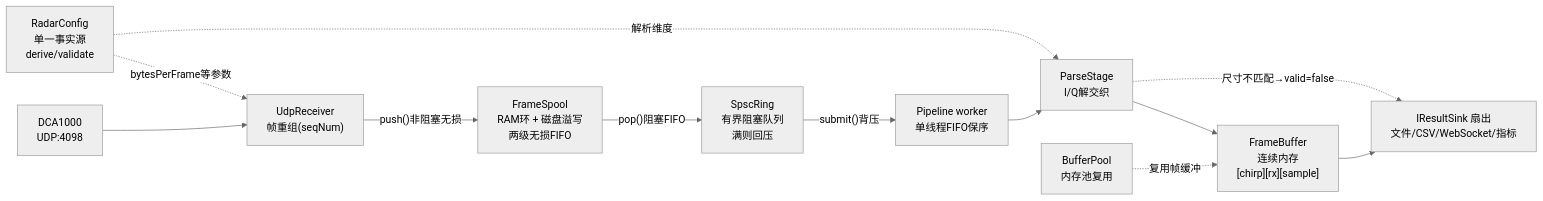
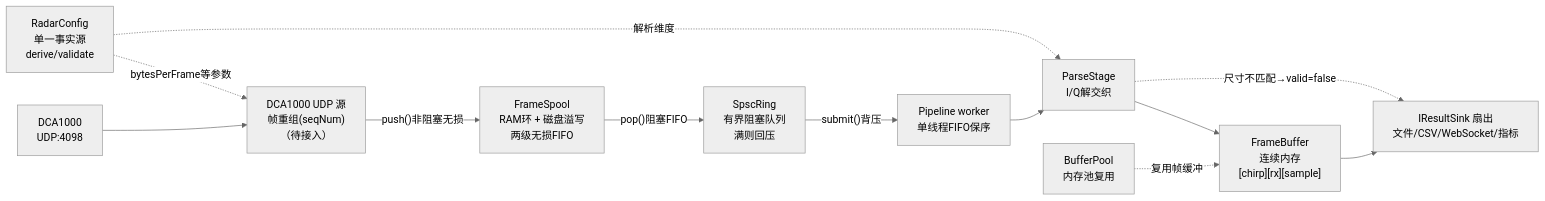
One commit to Lukad77/awr1843-radar-toolkit changed the third of 4 diagrams in README.md. Above: the diagram before and after it, drawn with Mermaid (neutral theme). The commit also changed other lines of this file, not shown here.

````diff
--- a/README.md
+++ b/README.md
@@ -173,25 +173,25 @@
 ```mermaid
 flowchart LR
     NET["DCA1000<br/>UDP:4098"]
-    RECV["UdpReceiver<br/>帧重组(seqNum)"]
+    RECV["DCA1000 UDP 源<br/>帧重组(seqNum)<br/>（待接入）"]
     SPOOL["FrameSpool<br/>RAM环 + 磁盘溢写<br/>两级无损FIFO"]
     RING["SpscRing<br/>有界阻塞队列<br/>满则回压"]
     WORKER["Pipeline worker<br/>单线程FIFO保序"]
     PARSE["ParseStage<br/>I/Q解交织"]
     FB["FrameBuffer<br/>连续内存<br/>[chirp][rx][sample]"]
     SINK["IResultSink 扇出<br/>文件/CSV/WebSocket/指标"]
     POOL["BufferPool<br/>内存池复用"]
     CFG["RadarConfig<br/>单一事实源<br/>derive/validate"]
 
     NET --> RECV
     RECV -->|"push()非阻塞无损"| SPOOL
     SPOOL -->|"pop()阻塞FIFO"| RING
     RING -->|"submit()背压"| WORKER
     WORKER --> PARSE
     PARSE --> FB
     FB --> SINK
     POOL -.复用帧缓冲.-> FB
     CFG -.bytesPerFrame等参数.-> RECV
     CFG -.解析维度.-> PARSE
     PARSE -.尺寸不匹配→valid=false.-> SINK
 ```
````
